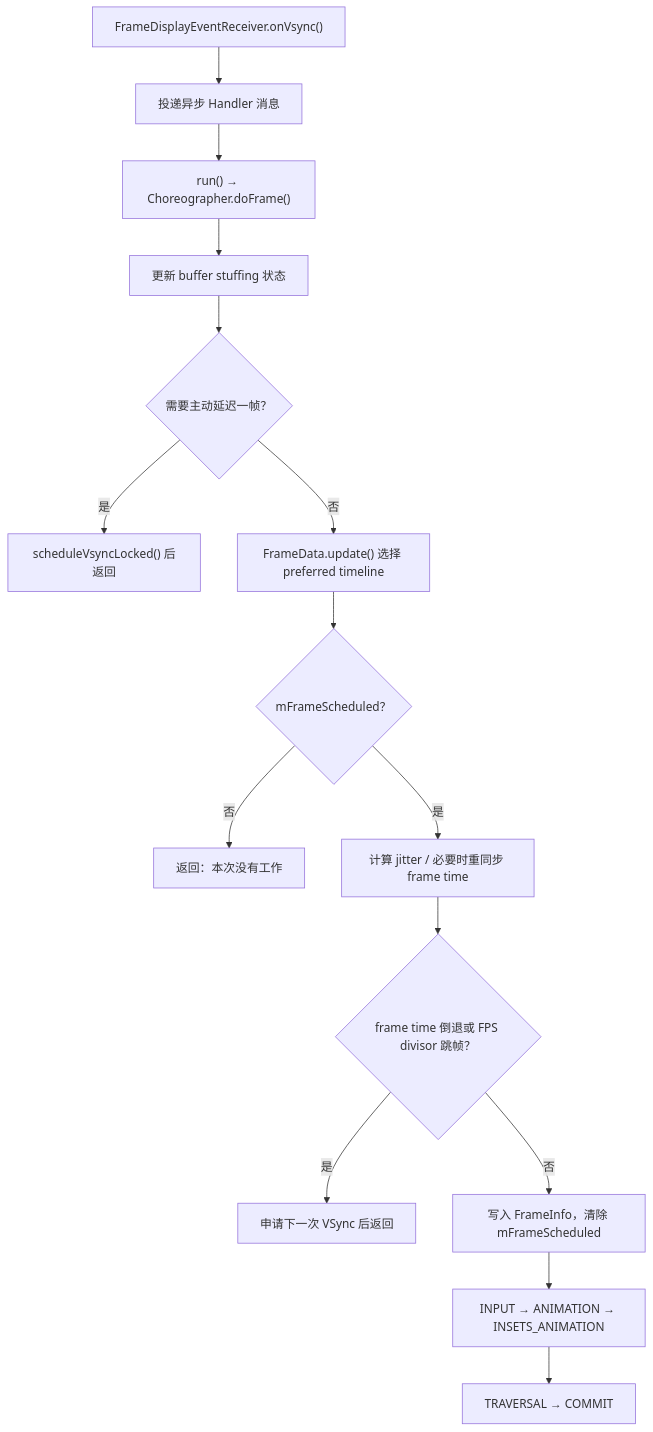
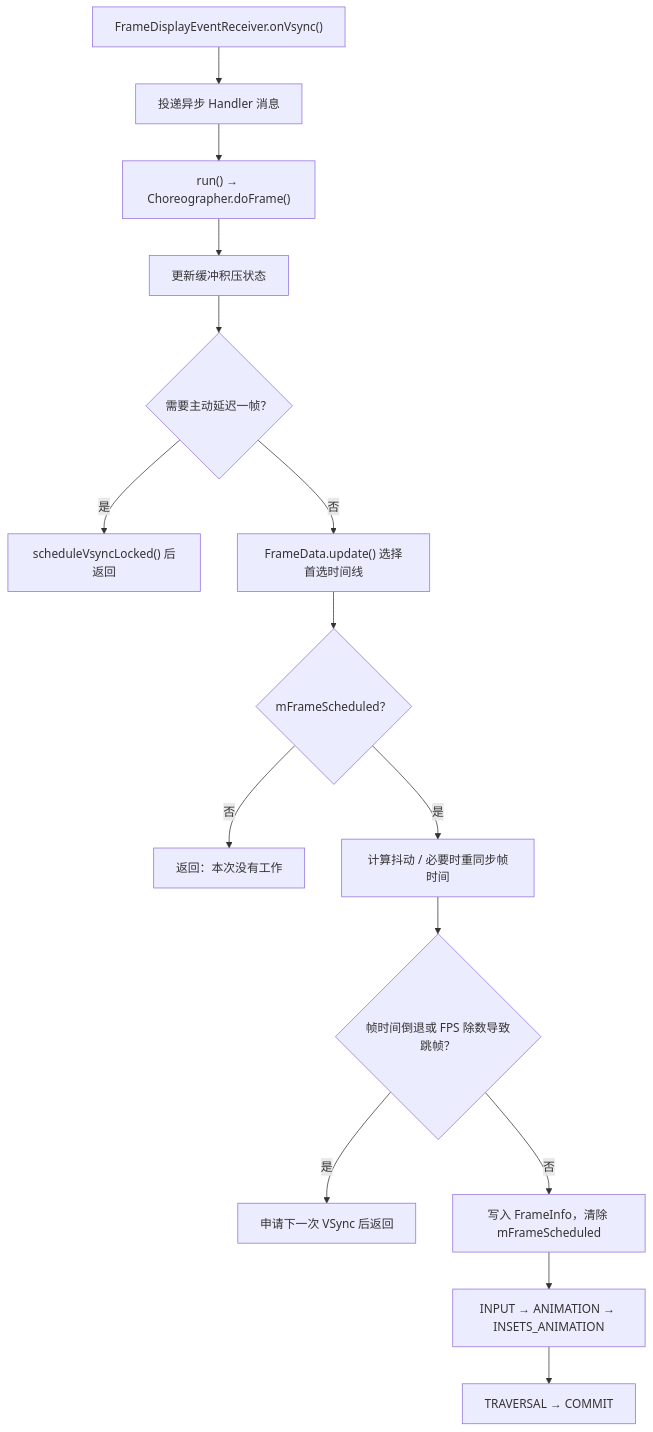
One commit to Gracker/android-internals-wiki changed the diagram in src/part1-fundamentals/ch02-rendering/04-choreographer.md. Above: the diagram before and after it, drawn with Mermaid. The commit also changed other lines of this file and 4 other files, not shown here.

````diff
--- a/src/part1-fundamentals/ch02-rendering/04-choreographer.md
+++ b/src/part1-fundamentals/ch02-rendering/04-choreographer.md
@@ -353,17 +335,17 @@
 ```mermaid
 flowchart TD
     A["FrameDisplayEventReceiver.onVsync()"] --> B["投递异步 Handler 消息"]
     B --> C["run() → Choreographer.doFrame()"]
-    C --> D["更新 buffer stuffing 状态"]
+    C --> D["更新缓冲积压状态"]
     D --> E{"需要主动延迟一帧？"}
     E -- "是" --> F["scheduleVsyncLocked() 后返回"]
-    E -- "否" --> G["FrameData.update() 选择 preferred timeline"]
+    E -- "否" --> G["FrameData.update() 选择首选时间线"]
     G --> H{"mFrameScheduled？"}
     H -- "否" --> I["返回：本次没有工作"]
-    H -- "是" --> J["计算 jitter / 必要时重同步 frame time"]
-    J --> K{"frame time 倒退或 FPS divisor 跳帧？"}
+    H -- "是" --> J["计算抖动 / 必要时重同步帧时间"]
+    J --> K{"帧时间倒退或 FPS 除数导致跳帧？"}
     K -- "是" --> L["申请下一次 VSync 后返回"]
     K -- "否" --> M["写入 FrameInfo，清除 mFrameScheduled"]
     M --> N["INPUT → ANIMATION → INSETS_ANIMATION"]
     N --> O["TRAVERSAL → COMMIT"]
 ```
````
